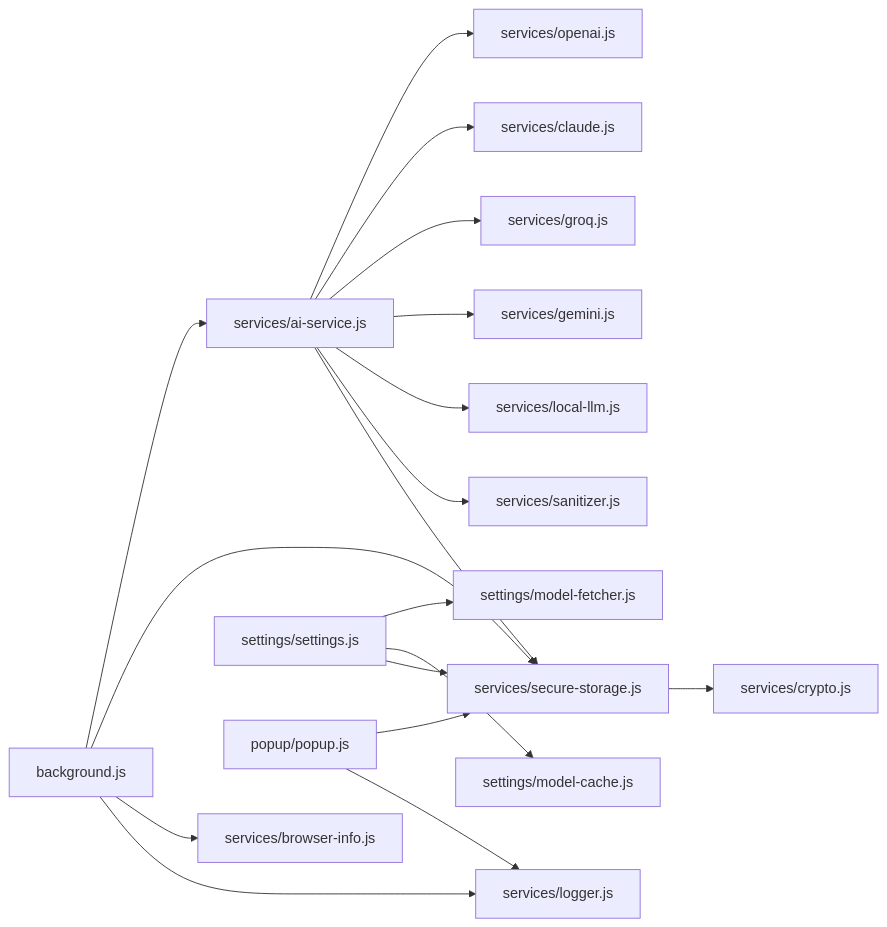
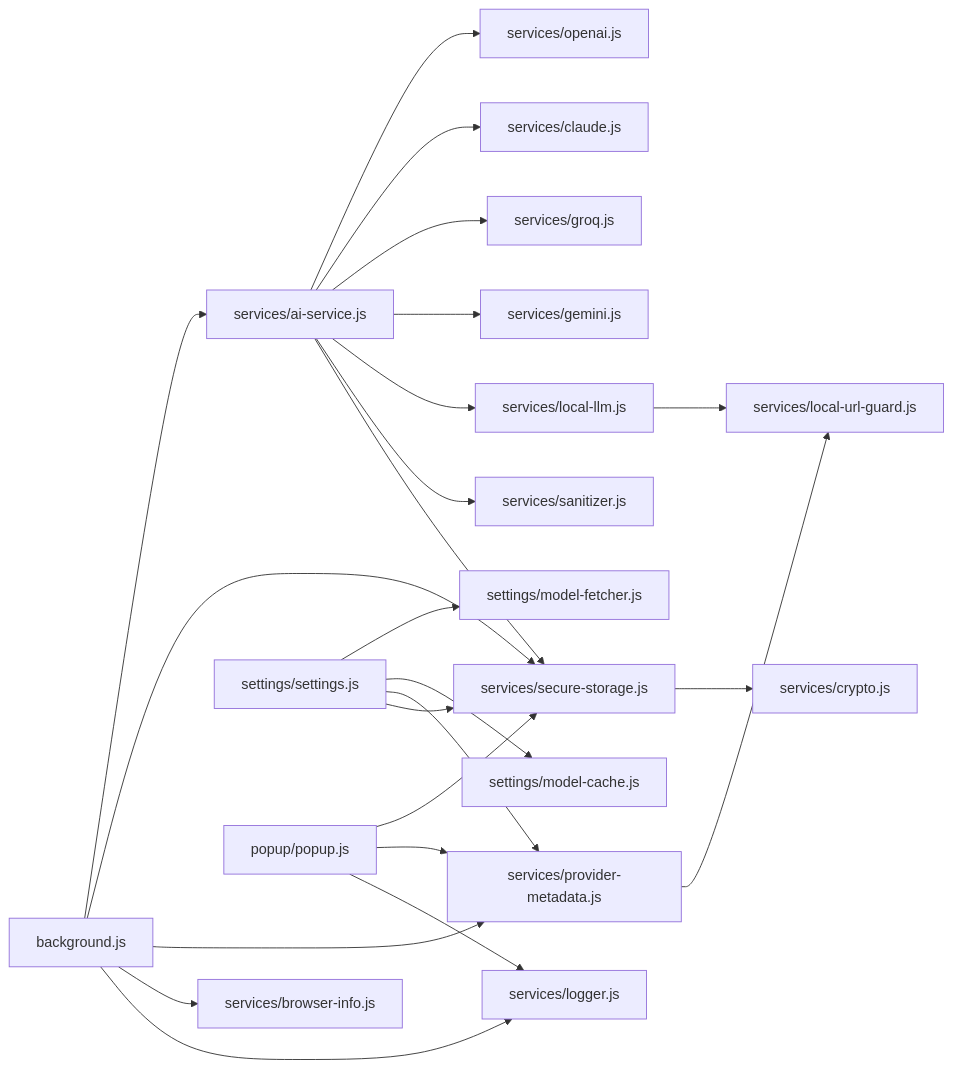
Before and after one commit to allexcd/tabber: the sixth of 6 diagrams in ARCHITECTURE.md, drawn with Mermaid. The commit also changed other lines of this file and 21 other files, not shown here.

````diff
--- a/ARCHITECTURE.md
+++ b/ARCHITECTURE.md
@@ -129,24 +129,30 @@
 ```mermaid
 flowchart LR
   BG["background.js"] --> AIS["services/ai-service.js"]
   BG --> SS["services/secure-storage.js"]
+  BG --> PM["services/provider-metadata.js"]
   BG --> BI["services/browser-info.js"]
   BG --> LOG["services/logger.js"]
 
   AIS --> OA["services/openai.js"]
   AIS --> CL["services/claude.js"]
   AIS --> GR["services/groq.js"]
   AIS --> GE["services/gemini.js"]
   AIS --> LL["services/local-llm.js"]
   AIS --> SAN["services/sanitizer.js"]
   AIS --> SS
 
+  PM --> LUG["services/local-url-guard.js"]
+  LL --> LUG
+
   SS --> CR["services/crypto.js"]
 
   SET["settings/settings.js"] --> MF["settings/model-fetcher.js"]
   SET --> MC["settings/model-cache.js"]
+  SET --> PM
   SET --> SS
 
   POP["popup/popup.js"] --> SS
+  POP --> PM
   POP --> LOG
 ```
````
